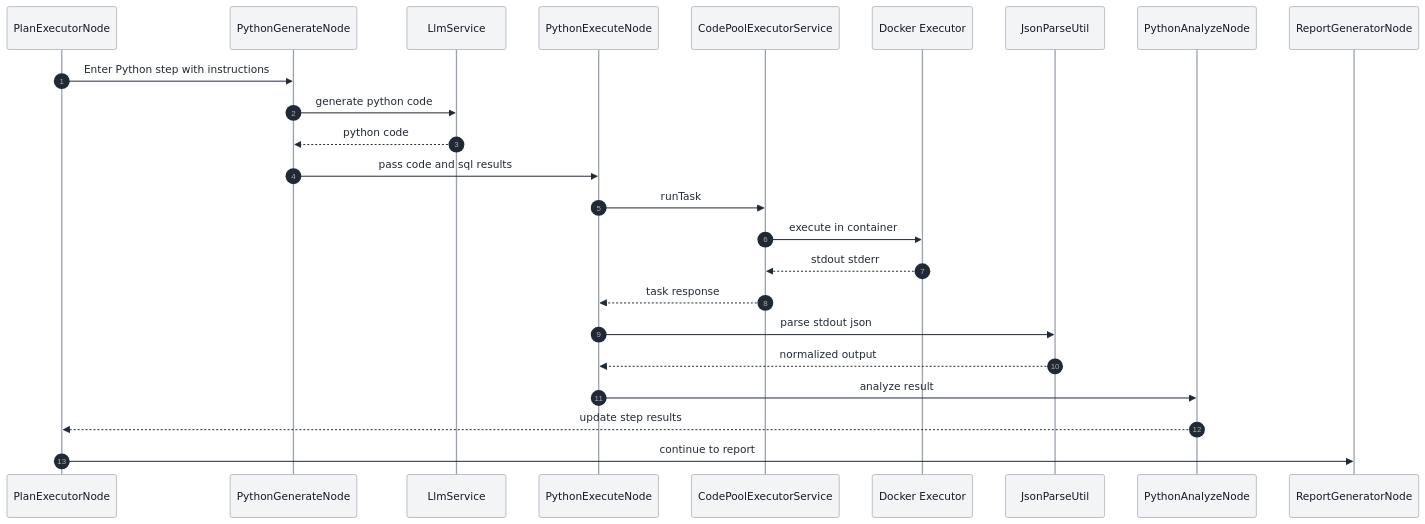
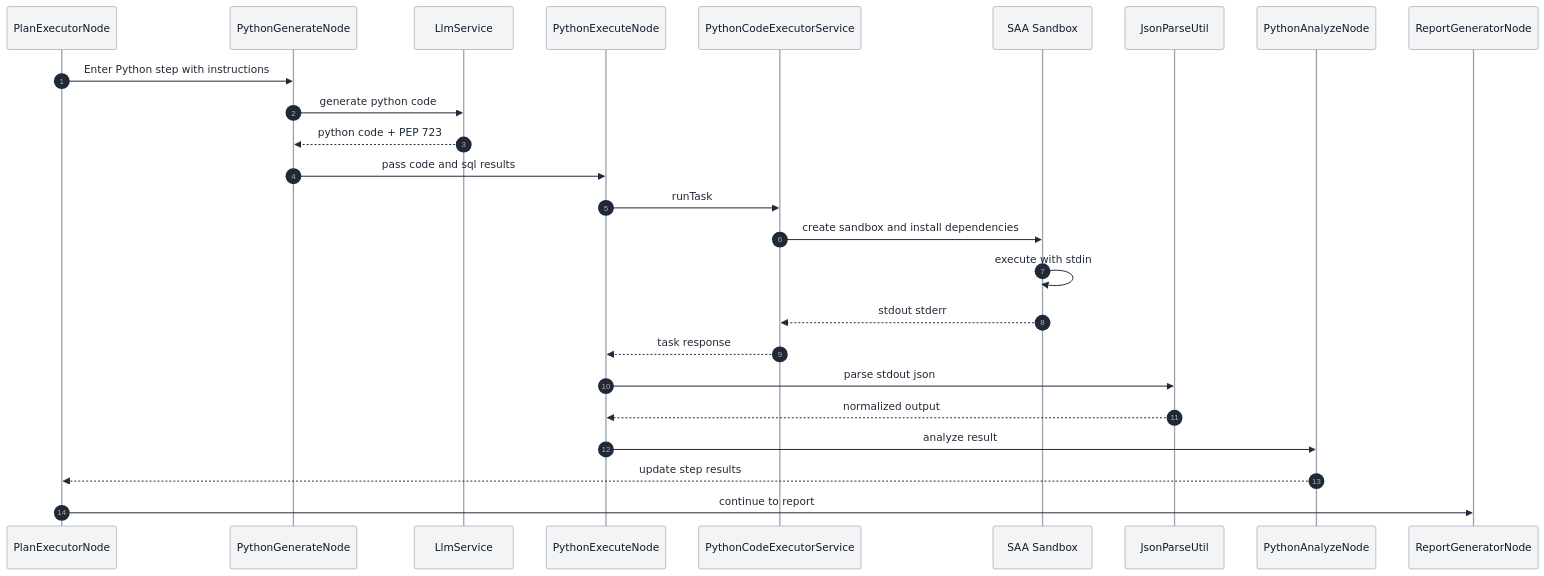
Diagram 18 of 18 in docs/ARCHITECTURE-en.md (gezhonglunta/McDataAgent), drawn with Mermaid before and after one commit. The commit also changed other lines of this file and 65 other files, not shown here.

First line of the commit message:
feat: integrate SAA Python sandbox with dynamic dependencies (#587)

````diff
--- a/docs/ARCHITECTURE-en.md
+++ b/docs/ARCHITECTURE-en.md
@@ -692,28 +692,29 @@
 ```mermaid
 %%{init: {"theme": "base", "themeVariables": {"primaryColor": "#E3F2FD", "primaryBorderColor": "#1E88E5", "primaryTextColor": "#1F2937", "lineColor": "#4B5563", "secondaryColor": "#E8F5E9", "tertiaryColor": "#FFF1D6", "actorBkg": "#F3F4F6", "actorBorder": "#9CA3AF", "actorTextColor": "#111827", "noteBkgColor": "#FFF8E1", "noteTextColor": "#1F2937"}}}%%
 sequenceDiagram
   autonumber
   participant P as PlanExecutorNode
   participant G as PythonGenerateNode
   participant L as LlmService
   participant E as PythonExecuteNode
-  participant CP as CodePoolExecutorService
-  participant D as Docker Executor
+  participant CP as PythonCodeExecutorService
+  participant S as SAA Sandbox
   participant J as JsonParseUtil
   participant A as PythonAnalyzeNode
   participant R as ReportGeneratorNode
 
   P->>G: Enter Python step with instructions
   G->>L: generate python code
-  L-->>G: python code
+  L-->>G: python code + PEP 723
   G->>E: pass code and sql results
   E->>CP: runTask
-  CP->>D: execute in container
-  D-->>CP: stdout stderr
+  CP->>S: create sandbox and install dependencies
+  S->>S: execute with stdin
+  S-->>CP: stdout stderr
   CP-->>E: task response
   E->>J: parse stdout json
   J-->>E: normalized output
   E->>A: analyze result
   A-->>P: update step results
   P->>R: continue to report
 ```
````
